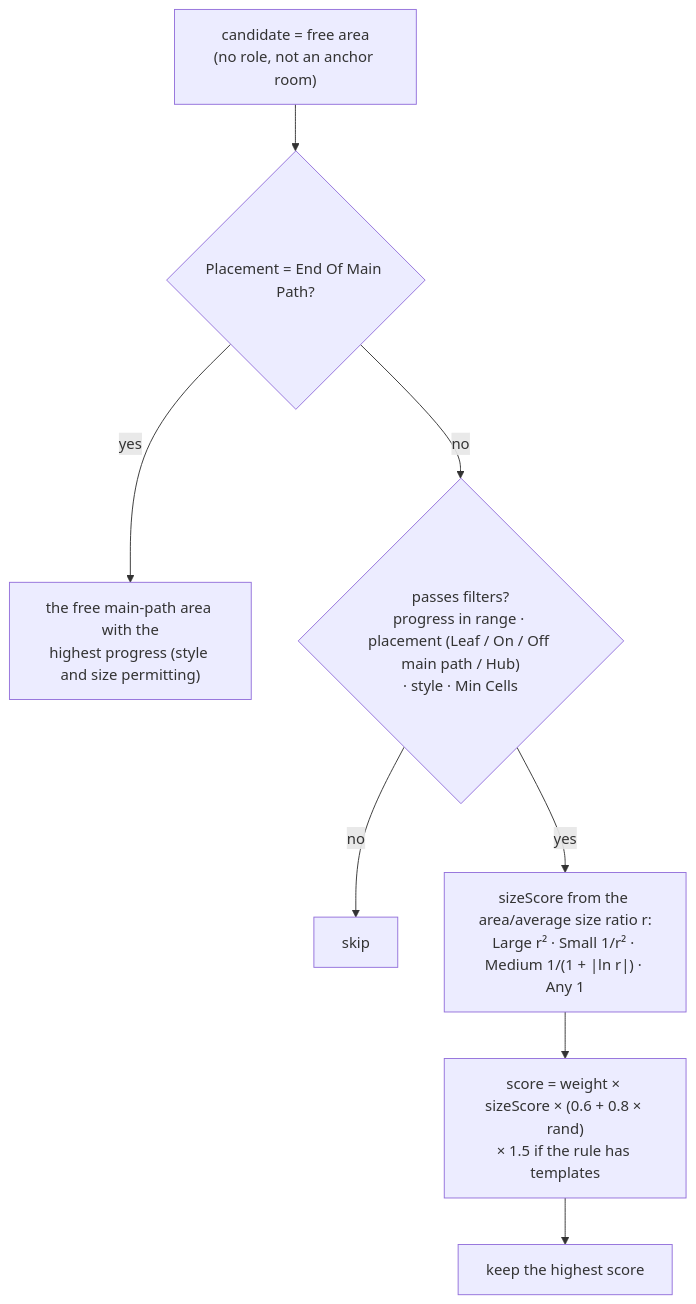
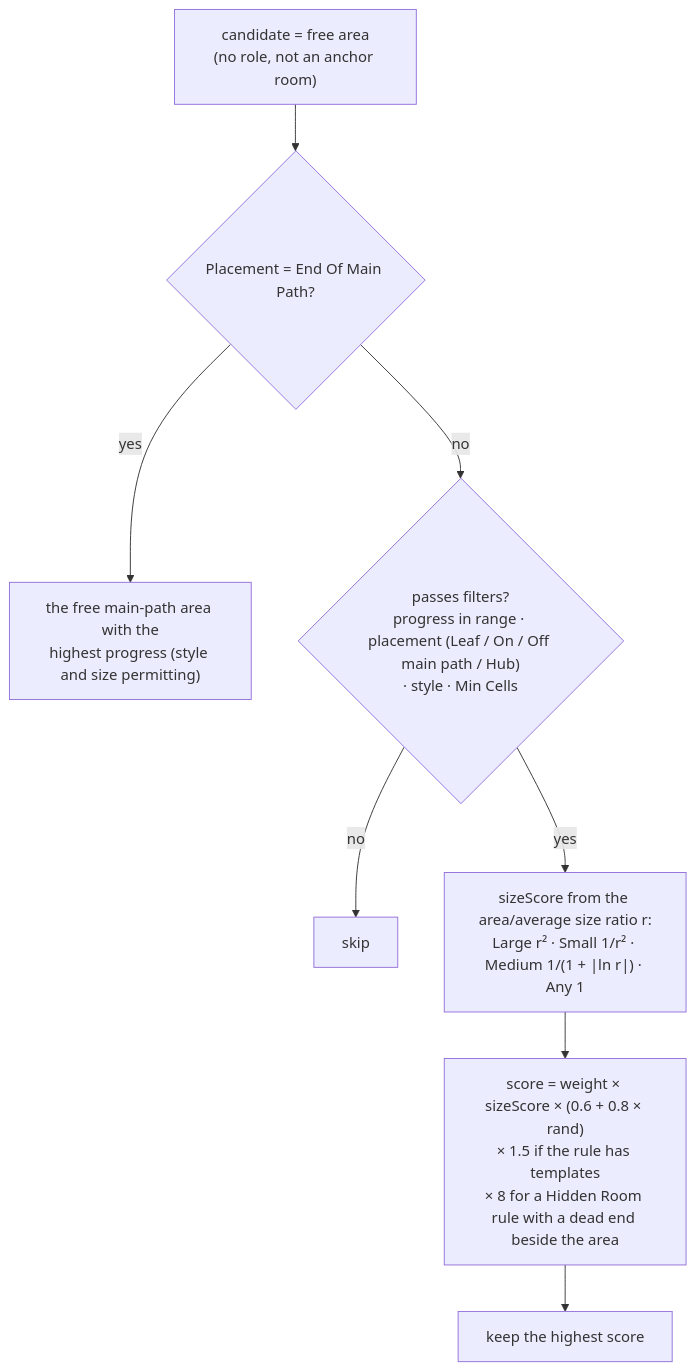
One commit to Kaynan-Jamelaumn/SimpleMovementsUnityPackage changed the third of 4 diagrams in Documentation/Dungeon/06-Roles-and-Templates.md. Above: the diagram before and after it, drawn with Mermaid. The commit also changed other lines of this file and 161 other files, not shown here.

````diff
--- a/Documentation/Dungeon/06-Roles-and-Templates.md
+++ b/Documentation/Dungeon/06-Roles-and-Templates.md
@@ -64,10 +69,10 @@
 ```mermaid
 flowchart TD
     A["candidate = free area<br/>(no role, not an anchor room)"] --> B{"Placement = End Of Main Path?"}
     B -- yes --> C["the free main-path area with the<br/>highest progress (style and size permitting)"]
     B -- no --> D{"passes filters?<br/>progress in range · placement (Leaf / On / Off main path / Hub)<br/>· style · Min Cells"}
     D -- no --> X["skip"]
     D -- yes --> E["sizeScore from the area/average size ratio r:<br/>Large r² · Small 1/r² · Medium 1/(1 + |ln r|) · Any 1"]
-    E --> F["score = weight × sizeScore × (0.6 + 0.8 × rand)<br/>× 1.5 if the rule has templates"]
+    E --> F["score = weight × sizeScore × (0.6 + 0.8 × rand)<br/>× 1.5 if the rule has templates<br/>× 8 for a Hidden Room rule with a dead end beside the area"]
     F --> G["keep the highest score"]
 ```
````
